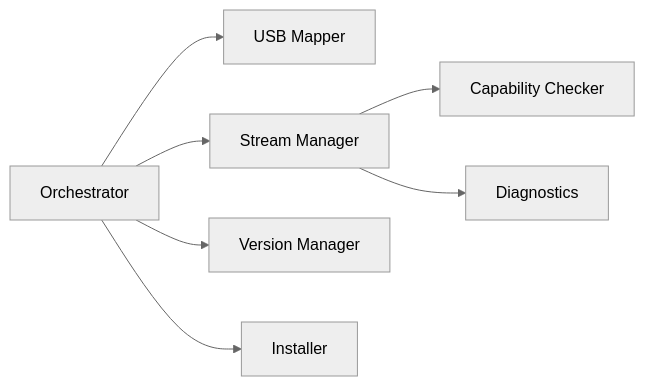
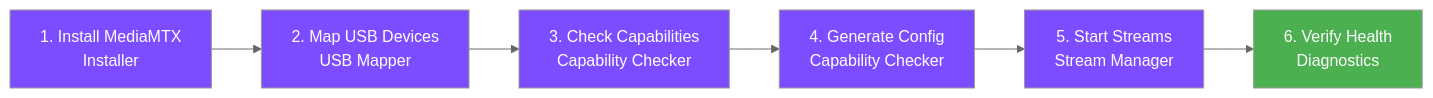
Before and after one commit to tomtom215/LyreBird-Docs: the second of 2 diagrams in docs/components/index.md, drawn with Mermaid (neutral theme). The commit also changed other lines of this file, not shown here.

````diff
--- a/docs/components/index.md
+++ b/docs/components/index.md
@@ -52,9 +268,15 @@
 ```mermaid
 graph LR
-    A[Orchestrator] --> B[USB Mapper]
-    A --> C[Stream Manager]
-    A --> D[Version Manager]
-    A --> E[Installer]
-    C --> F[Capability Checker]
-    C --> G[Diagnostics]
+    A[1. Install MediaMTX<br/>Installer] --> B[2. Map USB Devices<br/>USB Mapper]
+    B --> C[3. Check Capabilities<br/>Capability Checker]
+    C --> D[4. Generate Config<br/>Capability Checker]
+    D --> E[5. Start Streams<br/>Stream Manager]
+    E --> F[6. Verify Health<br/>Diagnostics]
+
+    style A fill:#7c4dff,color:#fff
+    style B fill:#7c4dff,color:#fff
+    style C fill:#7c4dff,color:#fff
+    style D fill:#7c4dff,color:#fff
+    style E fill:#7c4dff,color:#fff
+    style F fill:#4caf50,color:#fff
 ```
````
